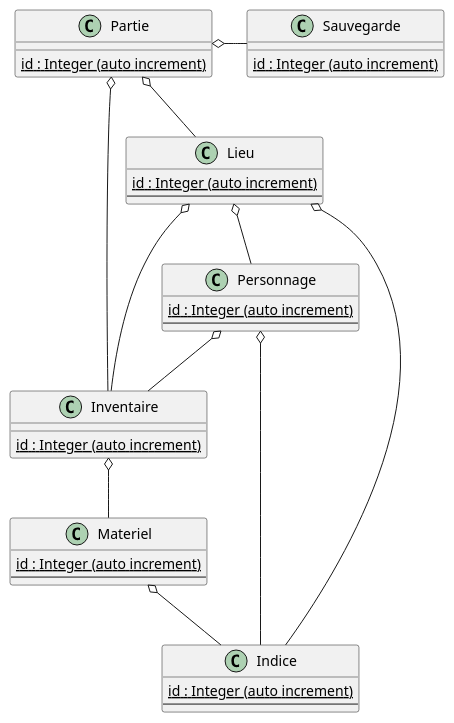
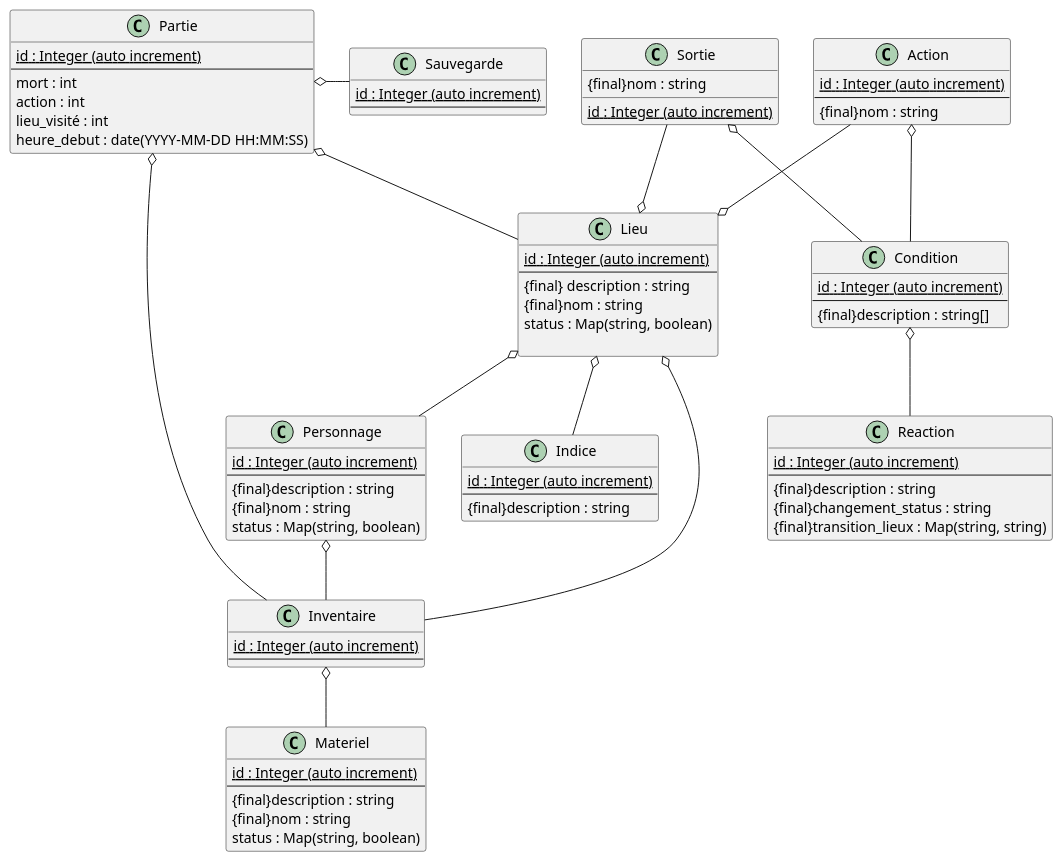
One commit to Serious-game-textuel/doc changed the third of 3 diagrams in liste_fonctionalitées.md. Above: the diagram before and after it, drawn with PlantUML.

Commit message:
corection uml

```diff
--- a/liste_fonctionalitées.md
+++ b/liste_fonctionalitées.md
@@ -66,47 +66,95 @@
 
 Class Partie{
   {static} id : Integer (auto increment)
-   
+  --
+  mort : int
+  action : int
+  lieu_visité : int
+  heure_debut : date(YYYY-MM-DD HH:MM:SS)
 }
 
 Class Inventaire{
   {static} id : Integer (auto increment)
+  --
 }
 
 
 Class Sauvegarde{
   {static} id : Integer (auto increment)
+  --
+}
+
+Class Sortie{
+  {static} id : Integer (auto increment)
+  {final}nom : string
 }
 
 Class Materiel{
   {static} id : Integer (auto increment)
   --
+  {final}description : string
+  {final}nom : string
+  status : Map(string, boolean)
 }
+
 Class Personnage{
   {static} id : Integer (auto increment)
   --
+  {final}description : string
+  {final}nom : string
+  status : Map(string, boolean)
 }
+
 Class Lieu{
   {static} id : Integer (auto increment)
   --
+  {final} description : string
+  {final}nom : string
+  status : Map(string, boolean)
+
 }
+
+Class Action{
+  {static} id : Integer (auto increment)
+  --
+  {final}nom : string
+}
+
+class Condition{
+  {static} id : Integer (auto increment)
+  --
+  {final}description : string[]
+}
+
+
+Class Reaction{
+  {static} id : Integer (auto increment)
+  --
+  {final}description : string
+  {final}changement_status : string
+  {final}transition_lieux : Map(string, string)
+}
+
 
 
 Class Indice{
   {static} id : Integer (auto increment)
   --
+  {final}description : string
 }
 
 
 ' Partie "1" o-u- "0..*" Joueur
-
+Sortie --o Lieu
+Sortie o-- Condition
 Personnage o-- Inventaire
 Partie o-- Inventaire
 Partie o- Sauvegarde
 Lieu o-- Inventaire
 Lieu o-- Indice
-Personnage o-- Indice
-Materiel o-- Indice
+Action o-- Condition
+Condition o-- Reaction
+Action --o Lieu
 Lieu o-- Personnage
 Partie o-- Lieu
 Inventaire o-- Materiel
```
